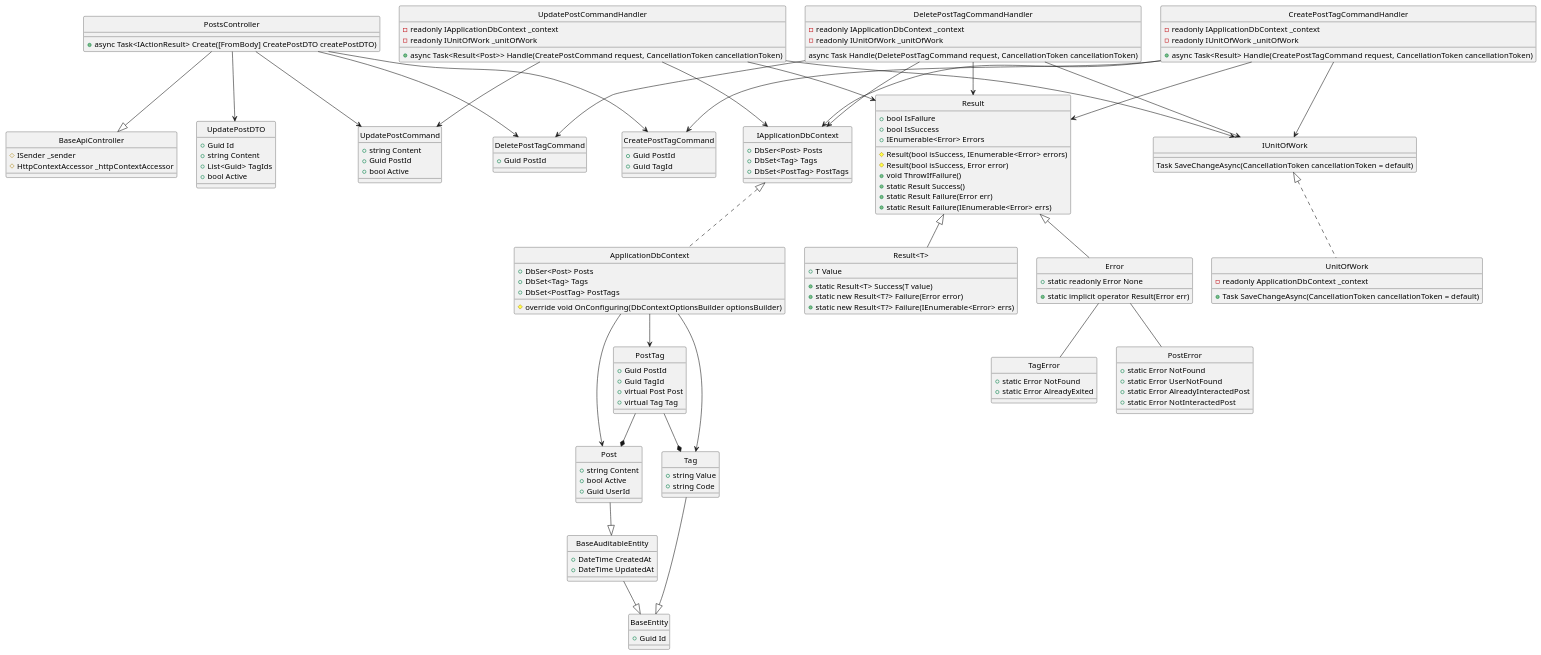
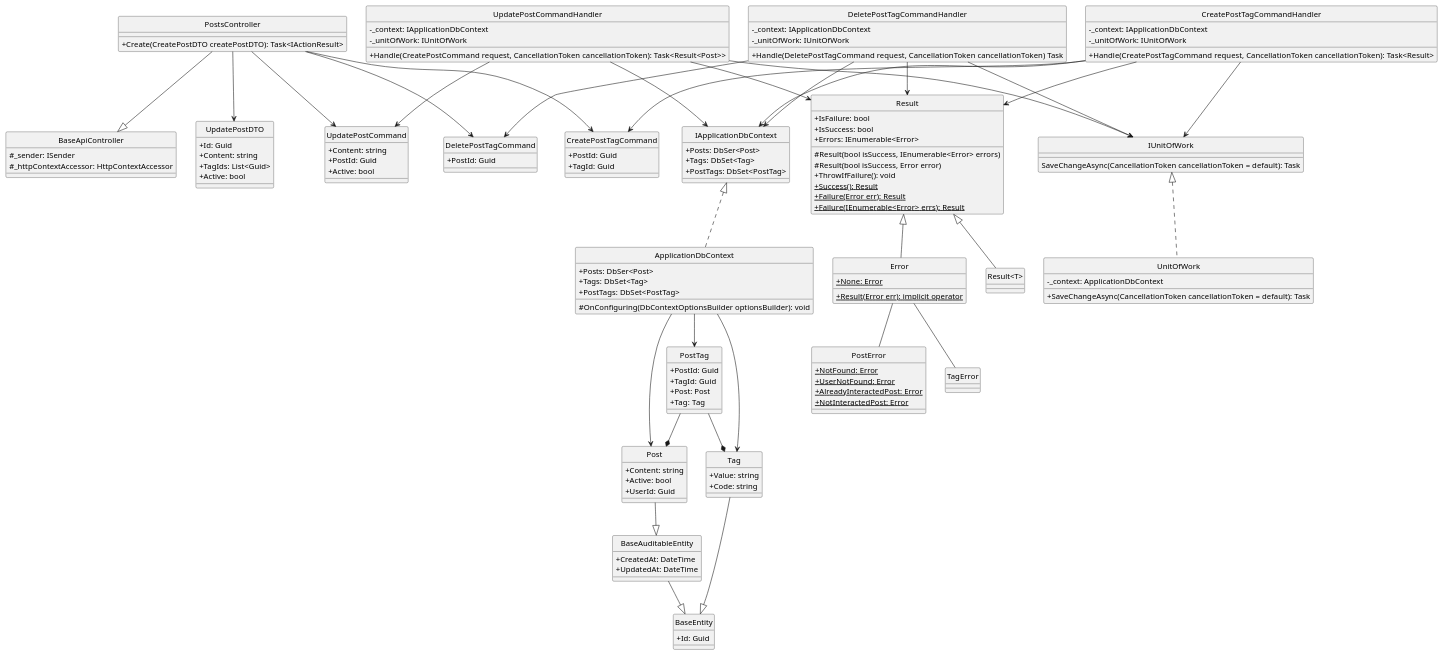
Before and after one commit to Carl-Johnsons/Chat-Application: the diagram in docs/Class Diagram/Post/Post/UpdatePost/ClassDiagram.plantuml, drawn with PlantUML. The commit also changed 21 other files, not shown here.

```diff
--- a/docs/Class Diagram/Post/Post/UpdatePost/ClassDiagram.plantuml
+++ b/docs/Class Diagram/Post/Post/UpdatePost/ClassDiagram.plantuml
@@ -1,168 +1,163 @@
 @startuml 
 hide circle
+skinparam classAttributeIconSize 0
 
 class BaseApiController {
-    #ISender _sender
-    #HttpContextAccessor _httpContextAccessor
+    #_sender: ISender
+    #_httpContextAccessor: HttpContextAccessor
 }
 
 class PostsController {
-    +async Task<IActionResult> Create([FromBody] CreatePostDTO createPostDTO)
+    +Create(CreatePostDTO createPostDTO): Task<IActionResult>
 }
 
 class UpdatePostCommand {
-    +string Content
-    +Guid PostId
-    +bool Active
+    +Content: string
+    +PostId: Guid
+    +Active: bool 
 }
 
 class UpdatePostCommandHandler {
-    -readonly IApplicationDbContext _context
-    -readonly IUnitOfWork _unitOfWork
-    +async Task<Result<Post>> Handle(CreatePostCommand request, CancellationToken cancellationToken)
+    -_context: IApplicationDbContext
+    -_unitOfWork: IUnitOfWork
+    +Handle(CreatePostCommand request, CancellationToken cancellationToken): Task<Result<Post>>
 }
 
 class DeletePostTagCommand {
-    +Guid PostId
+    +PostId: Guid 
 }
 
 class DeletePostTagCommandHandler {
-    -readonly IApplicationDbContext _context
-    -readonly IUnitOfWork _unitOfWork
-    async Task Handle(DeletePostTagCommand request, CancellationToken cancellationToken)
+    -_context: IApplicationDbContext
+    -_unitOfWork: IUnitOfWork
+    +Handle(DeletePostTagCommand request, CancellationToken cancellationToken) Task
 }
 
 class CreatePostTagCommand {
-    +Guid PostId
-    +Guid TagId
+    +PostId: Guid
+    +TagId: Guid
 }
 
 class CreatePostTagCommandHandler {
-    -readonly IApplicationDbContext _context
-    -readonly IUnitOfWork _unitOfWork
-    +async Task<Result> Handle(CreatePostTagCommand request, CancellationToken cancellationToken)
+    -_context: IApplicationDbContext
+    -_unitOfWork: IUnitOfWork 
+    +Handle(CreatePostTagCommand request, CancellationToken cancellationToken): Task<Result>
 }
 
 class IApplicationDbContext {
-    +DbSer<Post> Posts
-    +DbSet<Tag> Tags
-    +DbSet<PostTag> PostTags
+    +Posts: DbSer<Post>
+    +Tags: DbSet<Tag>
+    +PostTags: DbSet<PostTag>
 }
 
 class ApplicationDbContext {
-    +DbSer<Post> Posts
-    +DbSet<Tag> Tags
-    +DbSet<PostTag> PostTags
-    #override void OnConfiguring(DbContextOptionsBuilder optionsBuilder)
+    +Posts: DbSer<Post>
+    +Tags: DbSet<Tag>
+    +PostTags: DbSet<PostTag>
+    #OnConfiguring(DbContextOptionsBuilder optionsBuilder): void
 }
 
 class Result {
-    +bool IsFailure
-    +bool IsSuccess
-    +IEnumerable<Error> Errors
+    +IsFailure: bool
+    +IsSuccess: bool
+    +Errors: IEnumerable<Error> 
     #Result(bool isSuccess, IEnumerable<Error> errors)
     #Result(bool isSuccess, Error error)
-    +void ThrowIfFailure()
-    +static Result Success()
-    +static Result Failure(Error err)
-    +static Result Failure(IEnumerable<Error> errs)
-}
-
-class "Result<T>" {
-    +T Value
-    +static Result<T> Success(T value)
-    +static new Result<T?> Failure(Error error)
-    +static new Result<T?> Failure(IEnumerable<Error> errs)
+    +ThrowIfFailure(): void
+    +{static} Success(): Result
+    +{static} Failure(Error err): Result
+    +{static} Failure(IEnumerable<Error> errs): Result
 }
 
 class Error {
-    +static readonly Error None
-    +static implicit operator Result(Error err)
+    +{static} None: Error
+    +{static} Result(Error err): implicit operator
 }
 
 class IUnitOfWork {
-    Task SaveChangeAsync(CancellationToken cancellationToken = default)
+    SaveChangeAsync(CancellationToken cancellationToken = default): Task
 }
 
 class UnitOfWork {
-    -readonly ApplicationDbContext _context
-    +Task SaveChangeAsync(CancellationToken cancellationToken = default)
+    -_context: ApplicationDbContext
+    +SaveChangeAsync(CancellationToken cancellationToken = default): Task
 }
 
-class TagError {
-    +static Error NotFound
-    +static Error AlreadyExited
-}
 class PostError {
-    +static Error NotFound
-    +static Error UserNotFound
-    +static Error AlreadyInteractedPost
-    +static Error NotInteractedPost
+    +{static} NotFound: Error
+    +{static} UserNotFound: Error
+    +{static} AlreadyInteractedPost: Error
+    +{static} NotInteractedPost: Error
 }
 
 class UpdatePostDTO {
-    +Guid Id
-    +string Content
-    +List<Guid> TagIds
-    +bool Active
+    +Id: Guid
+    +Content: string
+    +TagIds: List<Guid> 
+    +Active: bool
 }
 
 class BaseEntity {
-    +Guid Id
+    +Id: Guid
 }
 
 class BaseAuditableEntity{
-    +DateTime CreatedAt
-    +DateTime UpdatedAt
+    +CreatedAt: DateTime 
+    +UpdatedAt: DateTime 
 }
 
 class Tag {
-    +string Value
-    +string Code
+    +Value: string 
+    +Code: string 
 }
 
 class Post {
-    +string Content
-    +bool Active
-    +Guid UserId
+    +Content: string
+    +Active: bool
+    +UserId: Guid 
 }
 
 class PostTag {
-    +Guid PostId
-    +Guid TagId 
-    +virtual Post Post
-    +virtual Tag Tag
+    +PostId: Guid
+    +TagId: Guid 
+    +Post: Post
+    +Tag: Tag
 }
 
+'==== Update Post ====
+'API Layer
 PostsController --|> BaseApiController
 PostsController --> UpdatePostCommand
 PostsController --> UpdatePostDTO
 PostsController --> DeletePostTagCommand
 PostsController --> CreatePostTagCommand
+'Application Layer
 UpdatePostCommandHandler --> UpdatePostCommand
 UpdatePostCommandHandler --> Result
 UpdatePostCommandHandler --> IUnitOfWork
 UpdatePostCommandHandler --> IApplicationDbContext
 DeletePostTagCommandHandler --> DeletePostTagCommand
 DeletePostTagCommandHandler --> Result
 DeletePostTagCommandHandler --> IUnitOfWork
 DeletePostTagCommandHandler --> IApplicationDbContext
 CreatePostTagCommandHandler --> CreatePostTagCommand
 CreatePostTagCommandHandler --> Result
 CreatePostTagCommandHandler --> IUnitOfWork
 CreatePostTagCommandHandler --> IApplicationDbContext
-IUnitOfWork <|.. UnitOfWork
-IApplicationDbContext <|.. ApplicationDbContext
+'Domain Layer
 Result <|-- Error
 Result <|-- "Result<T>"
 Error -- TagError
 Error -- PostError
-ApplicationDbContext --> Tag
-ApplicationDbContext --> Post
-ApplicationDbContext --> PostTag
 Tag --|> BaseEntity
 Post --|> BaseAuditableEntity
 BaseAuditableEntity --|> BaseEntity
 PostTag --* Post
 PostTag --* Tag
+'Infrastructure Layer
+IUnitOfWork <|.. UnitOfWork
+IApplicationDbContext <|.. ApplicationDbContext
+ApplicationDbContext --> Tag
+ApplicationDbContext --> Post
+ApplicationDbContext --> PostTag
 @enduml
```
